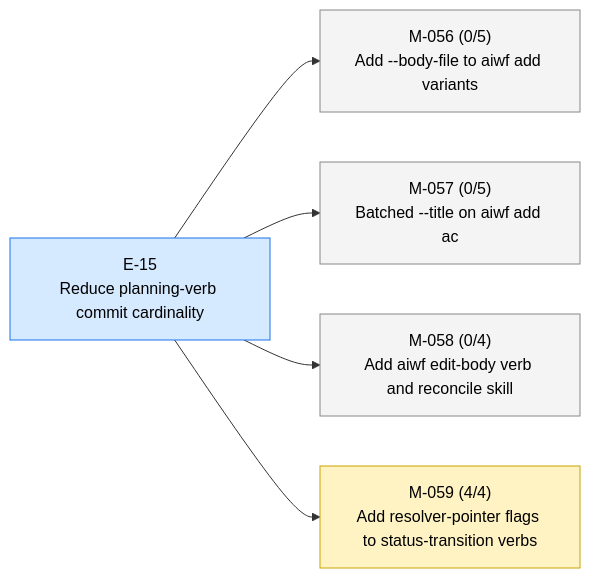
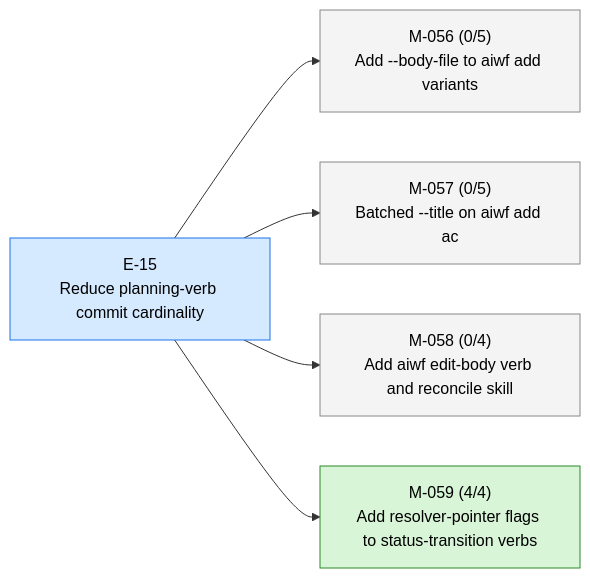
One commit to 23min/aiwf changed the first of 3 diagrams in STATUS.md. Above: the diagram before and after it, drawn with Mermaid. The commit also changed other lines of this file and 1 other file, not shown here.

First line of the commit message:
aiwf promote M-059 in_progress -> done

````diff
--- a/STATUS.md
+++ b/STATUS.md
@@ -14,18 +14,18 @@
 ```mermaid
 flowchart LR
   E_15["E-15<br/>Reduce planning-verb commit cardinality"]:::epic_active
   M_056["M-056 (0/5)<br/>Add --body-file to aiwf add variants"]:::ms_draft
   E_15 --> M_056
   M_057["M-057 (0/5)<br/>Batched --title on aiwf add ac"]:::ms_draft
   E_15 --> M_057
   M_058["M-058 (0/4)<br/>Add aiwf edit-body verb and reconcile skill"]:::ms_draft
   E_15 --> M_058
-  M_059["M-059 (4/4)<br/>Add resolver-pointer flags to status-transition verbs"]:::ms_in_progress
+  M_059["M-059 (4/4)<br/>Add resolver-pointer flags to status-transition verbs"]:::ms_done
   E_15 --> M_059
   classDef epic_active fill:#d6eaff,stroke:#1a73e8,color:#000
   classDef epic_proposed fill:#f4f4f4,stroke:#888,color:#000
   classDef ms_done fill:#d8f5d8,stroke:#2a8a2a,color:#000
   classDef ms_in_progress fill:#fff3c4,stroke:#caa400,color:#000
   classDef ms_draft fill:#f4f4f4,stroke:#888,color:#000
   classDef ms_cancelled fill:#fbeaea,stroke:#c33,color:#000
 ```
````
